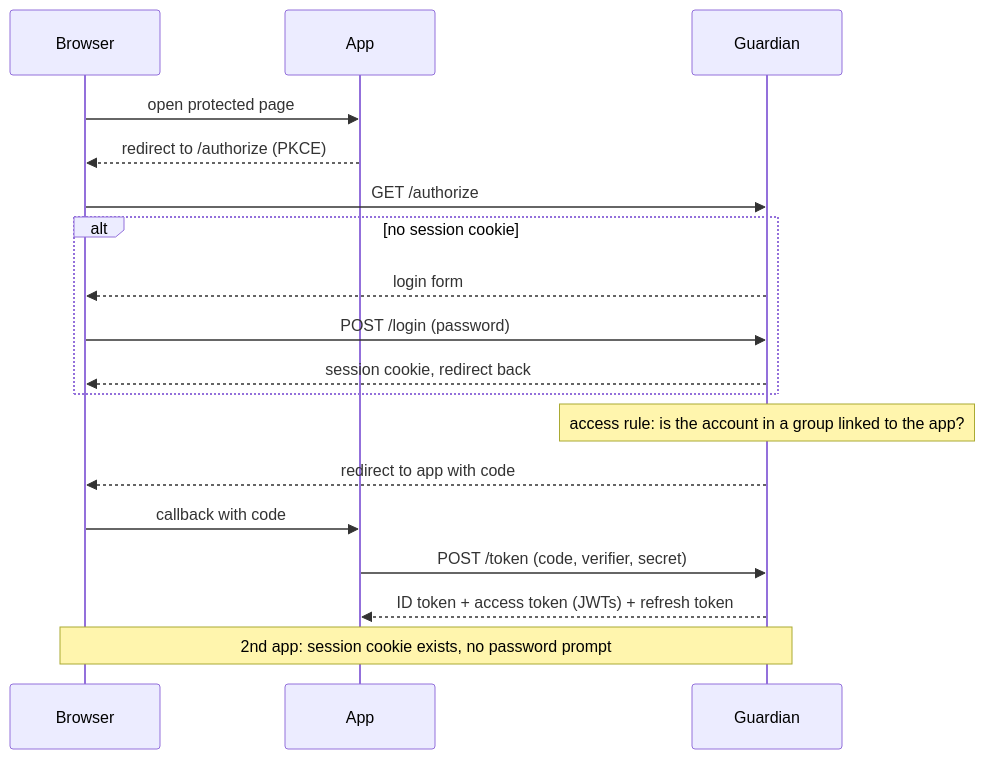
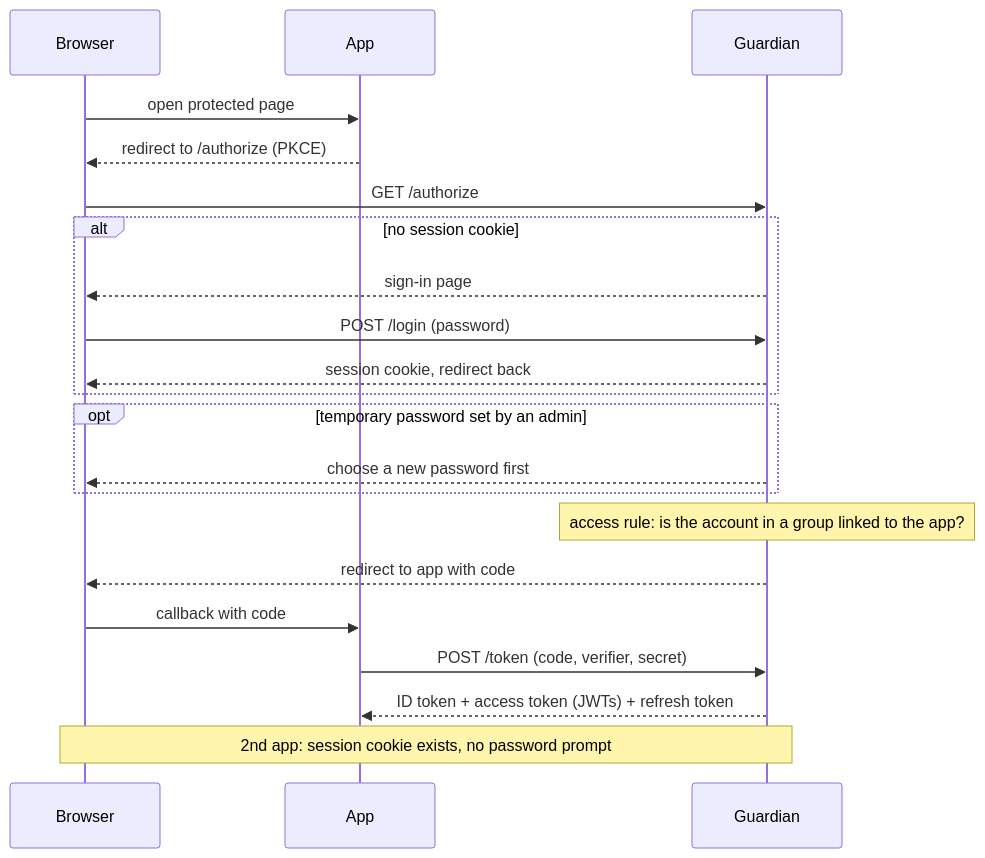
One commit to Krysset/Guardian changed the second of 4 diagrams in docs/ARCHITECTURE.md. Above: the diagram before and after it, drawn with Mermaid. The commit also changed other lines of this file and 53 other files, not shown here.

````diff
--- a/docs/ARCHITECTURE.md
+++ b/docs/ARCHITECTURE.md
@@ -74,20 +77,23 @@
 ```mermaid
 sequenceDiagram
   participant B as Browser
   participant A as App
   participant G as Guardian
   B->>A: open protected page
   A-->>B: redirect to /authorize (PKCE)
   B->>G: GET /authorize
   alt no session cookie
-    G-->>B: login form
+    G-->>B: sign-in page
     B->>G: POST /login (password)
     G-->>B: session cookie, redirect back
+  end
+  opt temporary password set by an admin
+    G-->>B: choose a new password first
   end
   Note over G: access rule: is the account in a group linked to the app?
   G-->>B: redirect to app with code
   B->>A: callback with code
   A->>G: POST /token (code, verifier, secret)
   G-->>A: ID token + access token (JWTs) + refresh token
   Note over B,G: 2nd app: session cookie exists, no password prompt
 ```
````
